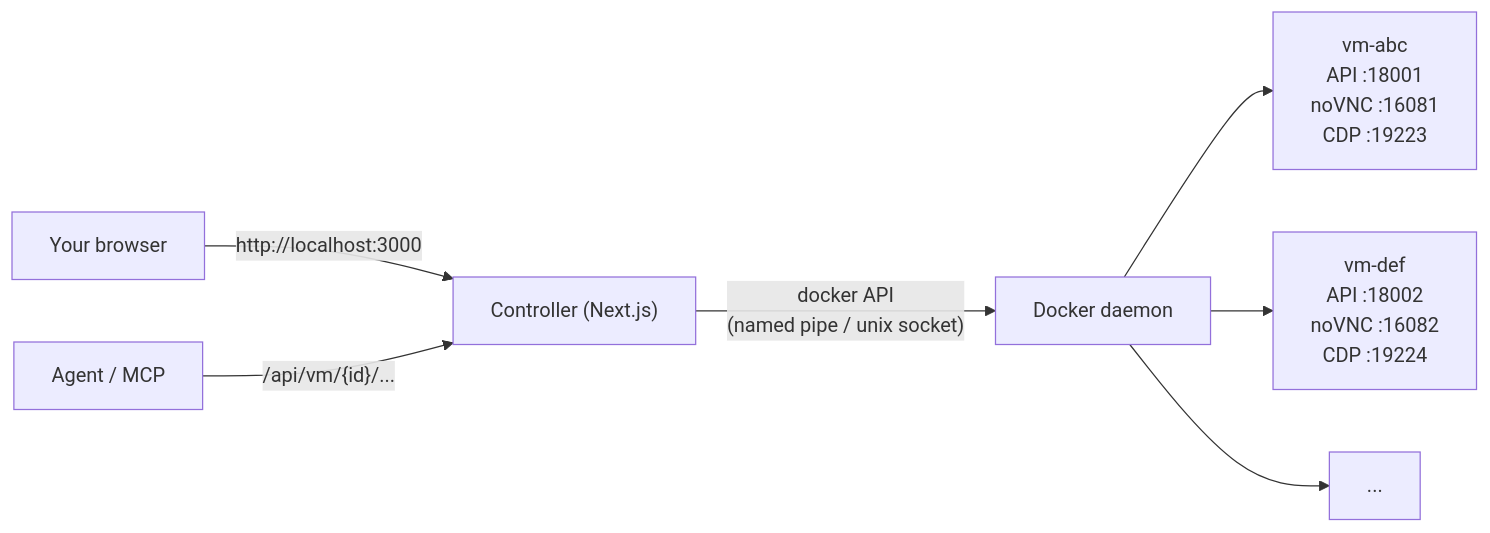
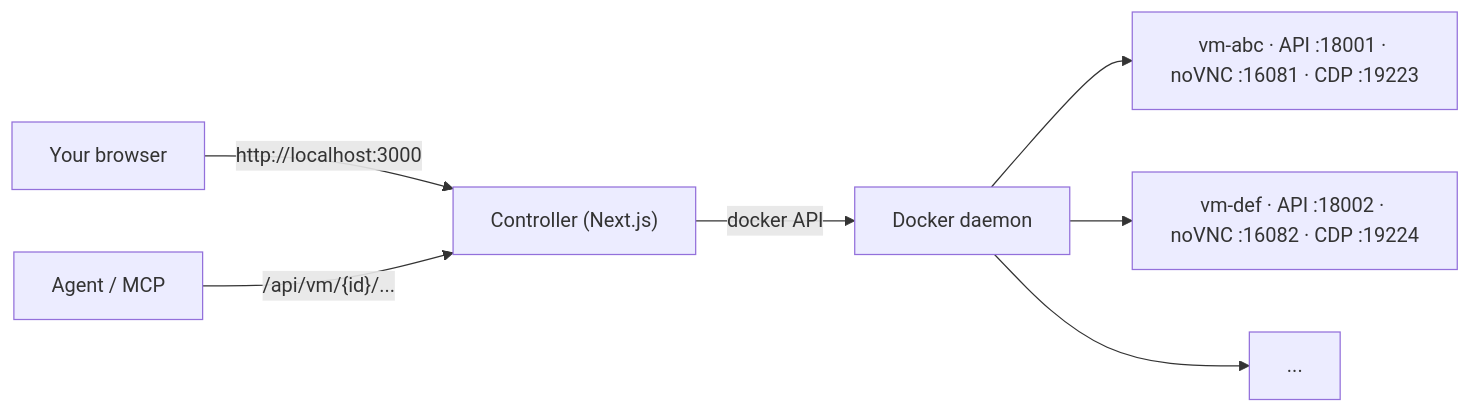
The first of 2 diagrams in README.md (Firzus/vm), drawn with Mermaid before and after one commit. The commit also changed other lines of this file and 133 other files, not shown here.

````diff
--- a/README.md
+++ b/README.md
@@ -12,9 +26,9 @@
 ```mermaid
 flowchart LR
     User["Your browser"] -->|"http://localhost:3000"| Ctrl["Controller (Next.js)"]
     Agent["Agent / MCP"] -->|"/api/vm/{id}/..."| Ctrl
-    Ctrl -->|"docker API\n(named pipe / unix socket)"| Daemon["Docker daemon"]
-    Daemon --> VM1["vm-abc\nAPI :18001\nnoVNC :16081\nCDP :19223"]
-    Daemon --> VM2["vm-def\nAPI :18002\nnoVNC :16082\nCDP :19224"]
+    Ctrl -->|"docker API"| Daemon["Docker daemon"]
+    Daemon --> VM1["vm-abc · API :18001 · noVNC :16081 · CDP :19223"]
+    Daemon --> VM2["vm-def · API :18002 · noVNC :16082 · CDP :19224"]
     Daemon --> VM3["..."]
 ```
````
